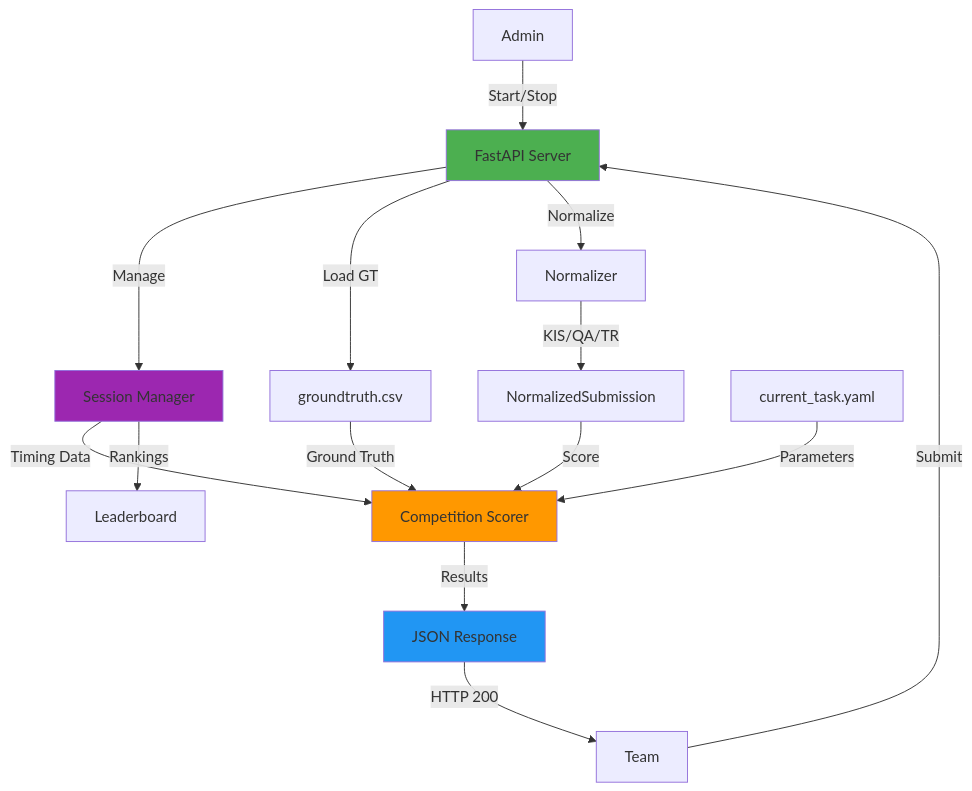
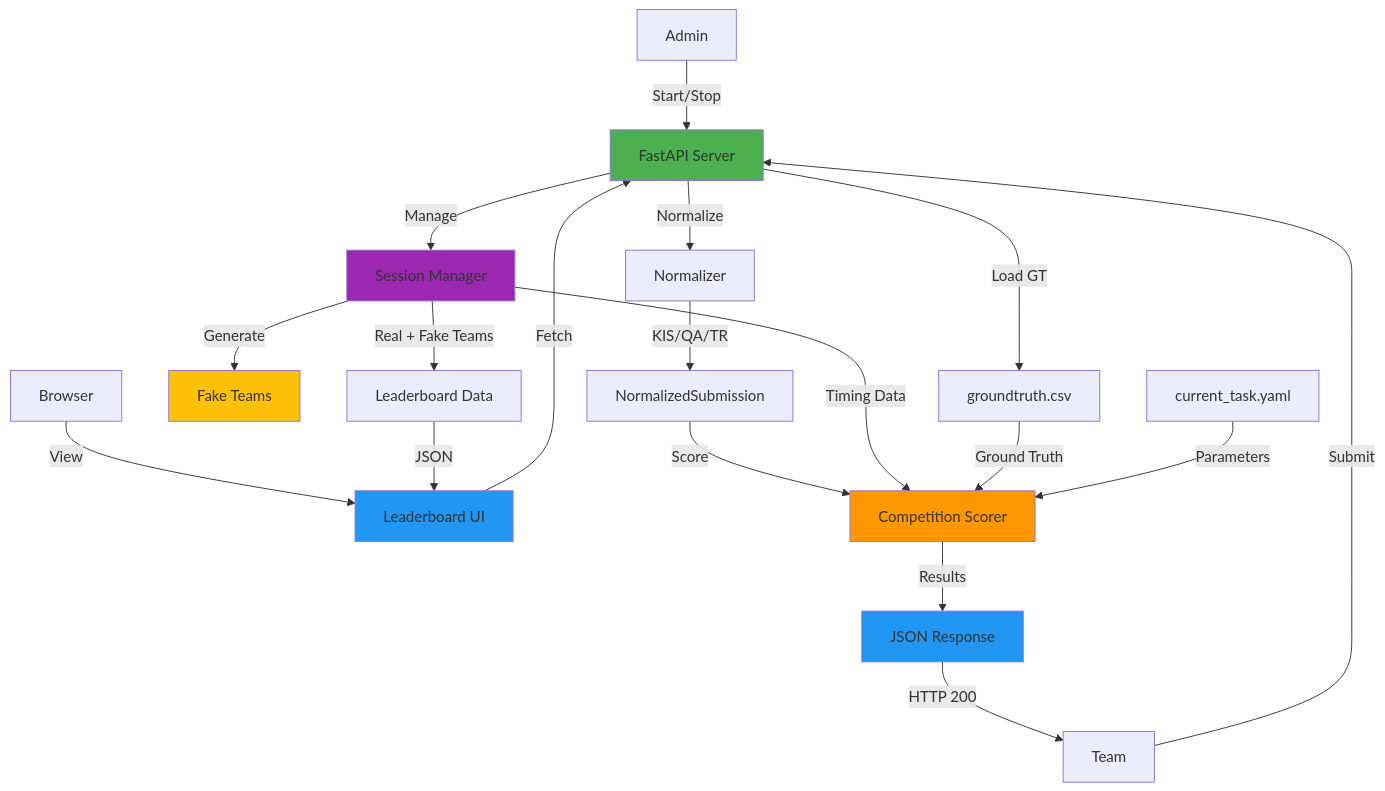
The first of 10 diagrams in docs/system-design.md (finalFlash159/mock-server-scoring-api-for-AIC-VBS), drawn with Mermaid before and after one commit. The commit also changed other lines of this file and 13 other files, not shown here.

````diff
--- a/docs/system-design.md
+++ b/docs/system-design.md
@@ -5,21 +5,27 @@
 ```mermaid
 graph TB
     Admin[Admin] -->|Start/Stop| API[FastAPI Server]
     Team[Team] -->|Submit| API
+    Browser[Browser] -->|View| UI[Leaderboard UI]
+    UI -->|Fetch| API
     API -->|Manage| Session[Session Manager]
+    Session -->|Generate| Fake[Fake Teams]
     API -->|Load GT| CSV[groundtruth.csv]
     API -->|Normalize| Normalizer[Normalizer]
     Normalizer -->|KIS/QA/TR| Submission[NormalizedSubmission]
     Submission -->|Score| Scorer[Competition Scorer]
     Session -->|Timing Data| Scorer
     CSV -->|Ground Truth| Scorer
     Config[current_task.yaml] -->|Parameters| Scorer
     Scorer -->|Results| Response[JSON Response]
     Response -->|HTTP 200| Team
-    Session -->|Rankings| Leaderboard[Leaderboard]
+    Session -->|Real + Fake Teams| Leaderboard[Leaderboard Data]
+    Leaderboard -->|JSON| UI
     
     style API fill:#4CAF50
     style Session fill:#9C27B0
     style Scorer fill:#FF9800
     style Response fill:#2196F3
+    style UI fill:#2196F3
+    style Fake fill:#FFC107
 ```
````
